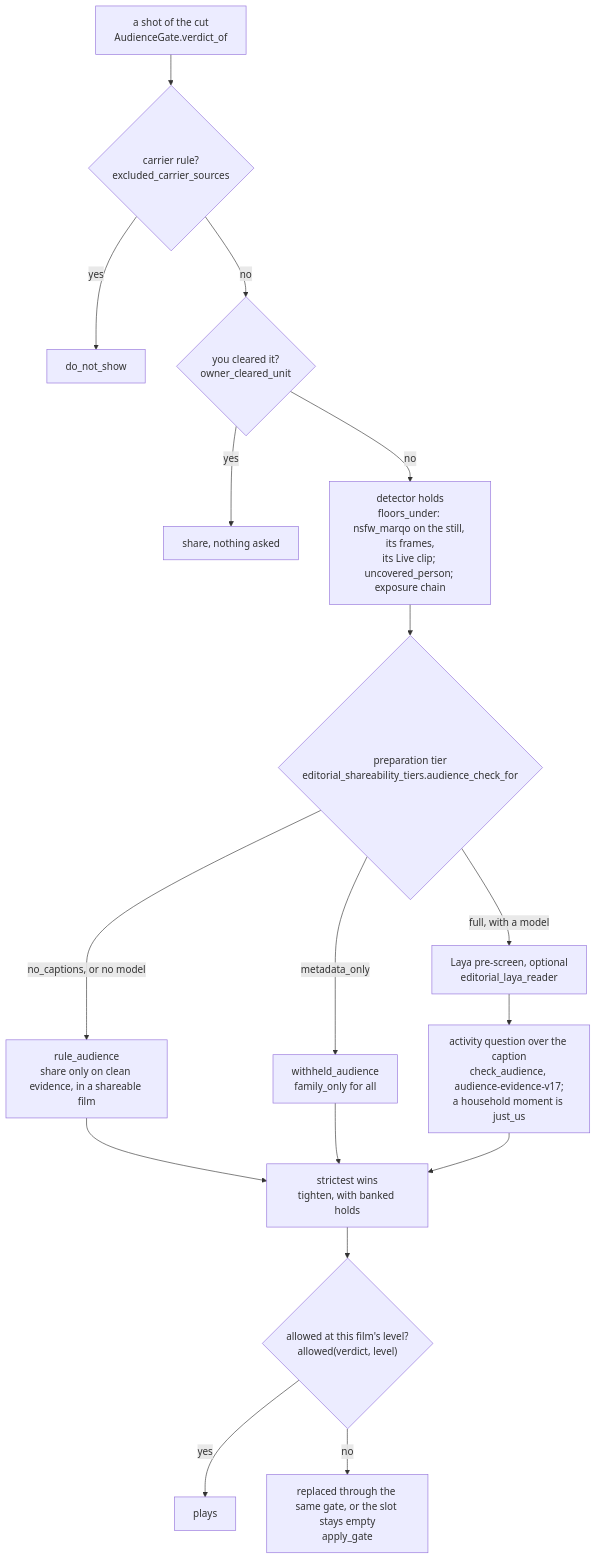
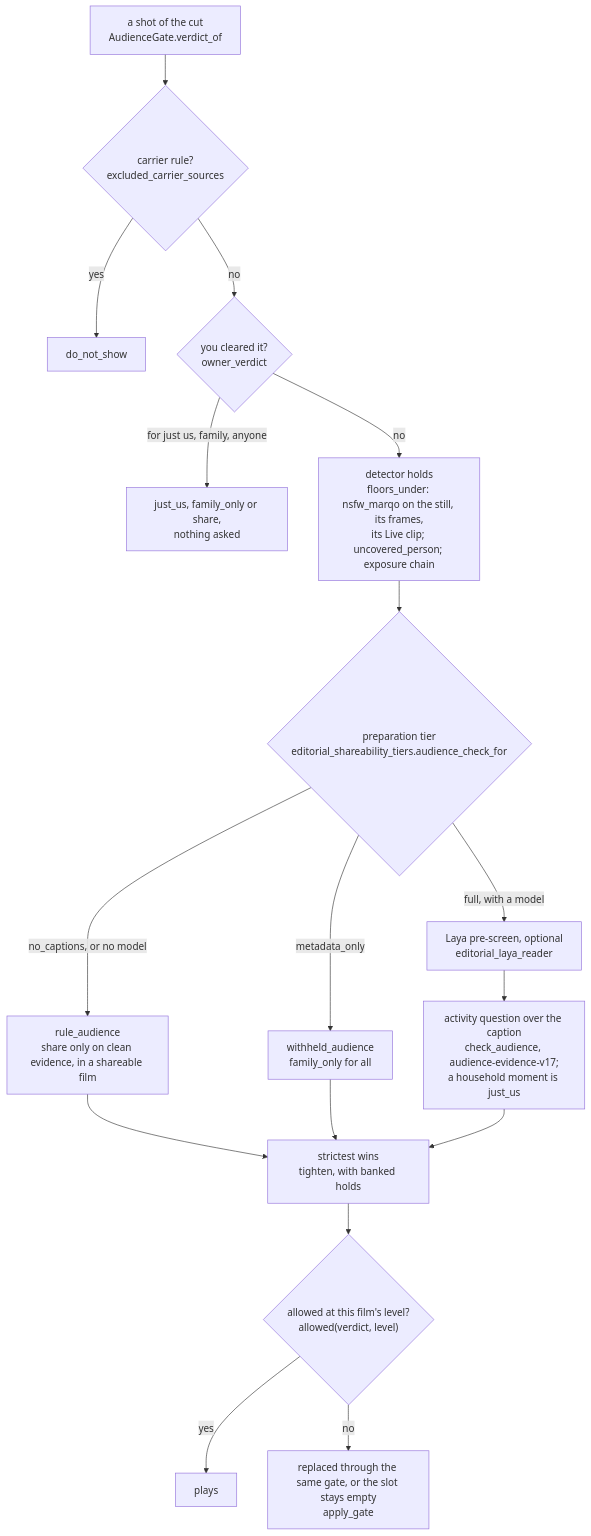
The second of 2 diagrams in docs-site/docs/how-it-chooses/family-audience-duplicates.md (sam-dumont/immich-video-memory-generator), drawn with Mermaid before and after one commit. The commit also changed other lines of this file and 24 other files, not shown here.

First line of the commit message:
feat(sharing): clear a hold for a level: just us, family or anyone (#1325)

````diff
--- a/docs-site/docs/how-it-chooses/family-audience-duplicates.md
+++ b/docs-site/docs/how-it-chooses/family-audience-duplicates.md
@@ -100,19 +100,19 @@
 ```mermaid
 flowchart TD
   shot["a shot of the cut<br/>AudienceGate.verdict_of"] --> rule{"carrier rule?<br/>excluded_carrier_sources"}
   rule -- yes --> dns["do_not_show"]
-  rule -- no --> owner{"you cleared it?<br/>owner_cleared_unit"}
-  owner -- yes --> share["share, nothing asked"]
+  rule -- no --> owner{"you cleared it?<br/>owner_verdict"}
+  owner -- "for just us, family, anyone" --> ov["just_us, family_only or share,<br/>nothing asked"]
   owner -- no --> floor["detector holds<br/>floors_under: nsfw_marqo on the still, its frames,<br/>its Live clip; uncovered_person; exposure chain"]
   floor --> tier{"preparation tier<br/>editorial_shareability_tiers.audience_check_for"}
   tier -- "no_captions, or no model" --> ra["rule_audience<br/>share only on clean evidence, in a shareable film"]
   tier -- "metadata_only" --> wa["withheld_audience<br/>family_only for all"]
   tier -- "full, with a model" --> laya["Laya pre-screen, optional<br/>editorial_laya_reader"]
   laya --> ca["activity question over the caption<br/>check_audience, audience-evidence-v17;<br/>a household moment is just_us"]
   ra --> strict["strictest wins<br/>tighten, with banked holds"]
   wa --> strict
   ca --> strict
   strict --> allowed{"allowed at this film's level?<br/>allowed(verdict, level)"}
   allowed -- yes --> keep["plays"]
   allowed -- no --> repl["replaced through the same gate, or the slot stays empty<br/>apply_gate"]
 ```
````
